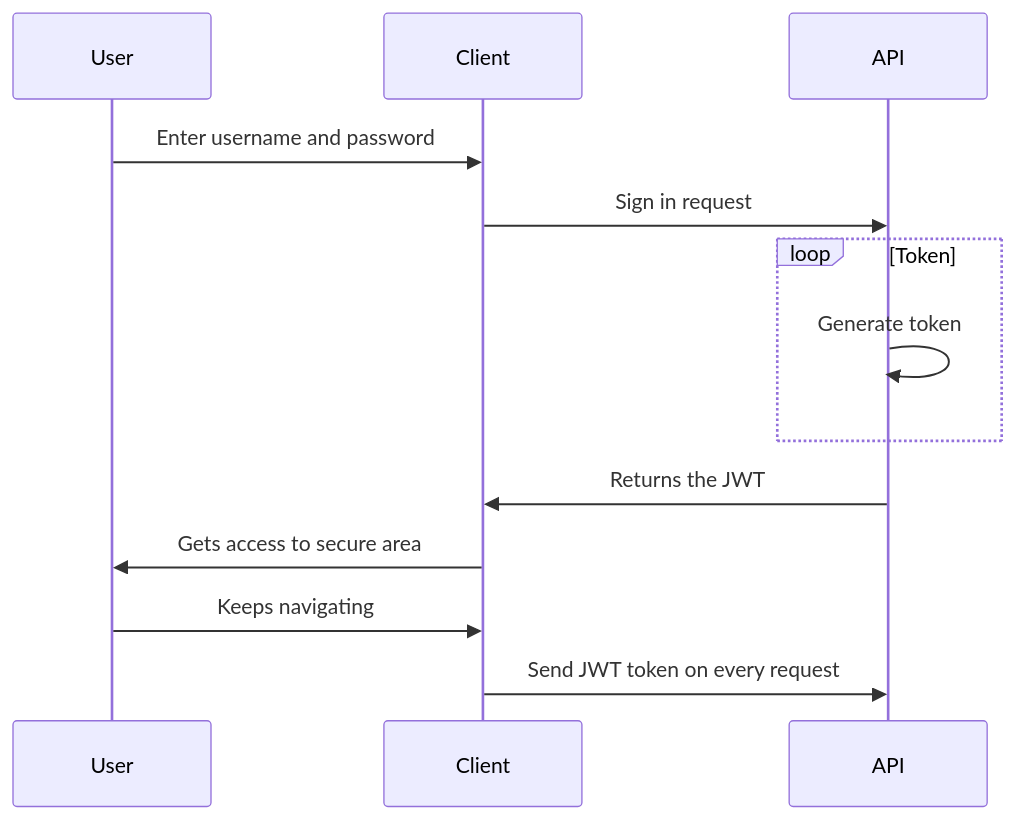
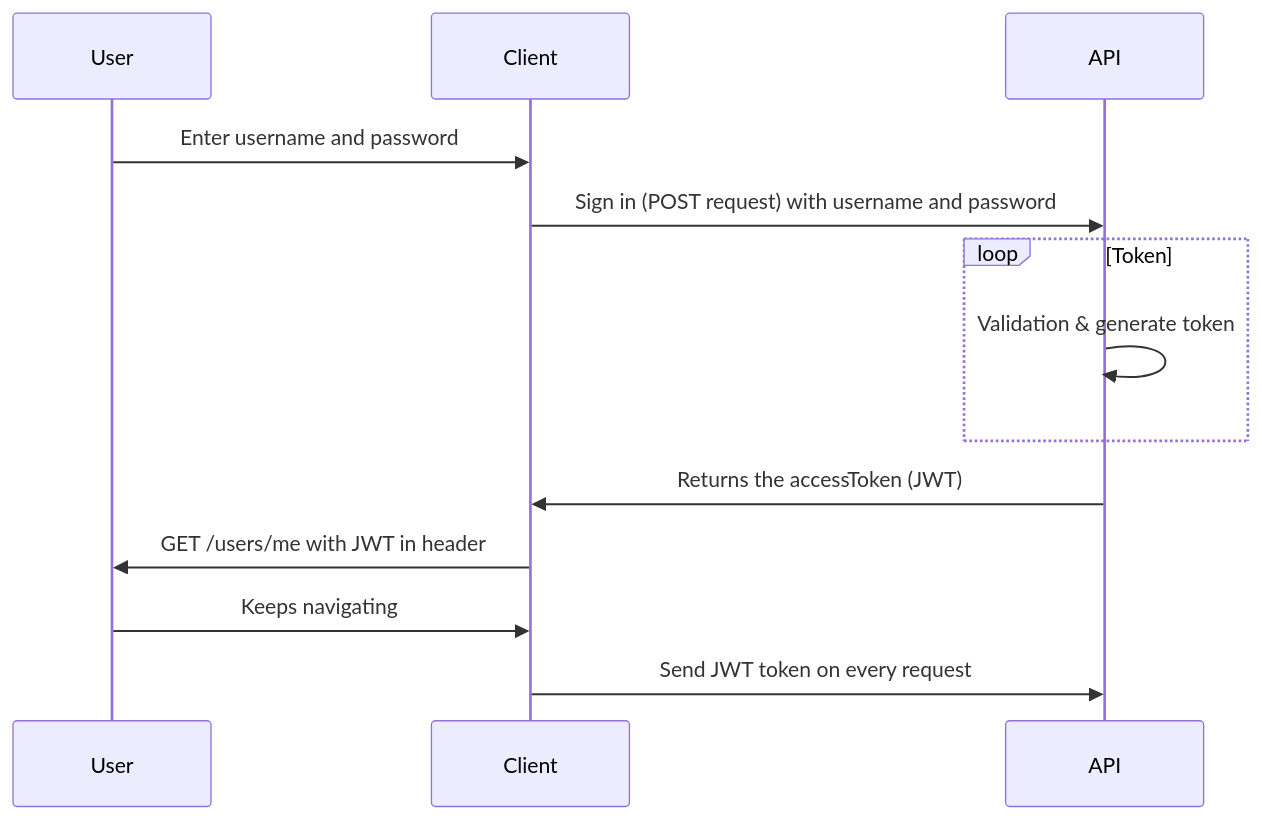
The diagram in README.md (Tootfarangi90/Tjanstformedlingssida-BE), drawn with Mermaid before and after one commit.

Commit message:
Gjorde lite ändringar på sekvens diagramet

````diff
--- a/README.md
+++ b/README.md
@@ -6,15 +6,15 @@
 ```mermaid
 sequenceDiagram
 participant User
 participant Client
 participant API
 User->>Client: Enter username and password
-Client->>API: Sign in request
+Client->>API: Sign in (POST request) with username and password
 loop Token
-API->>API: Generate token
+API->>API: Validation & generate token
 end
-API->>Client: Returns the JWT
-Client->>User: Gets access to secure area
+API->>Client: Returns the accessToken (JWT)
+Client->>User: GET /users/me with JWT in header
 User->>Client: Keeps navigating
 Client->>API: Send JWT token on every request
 ```
````
